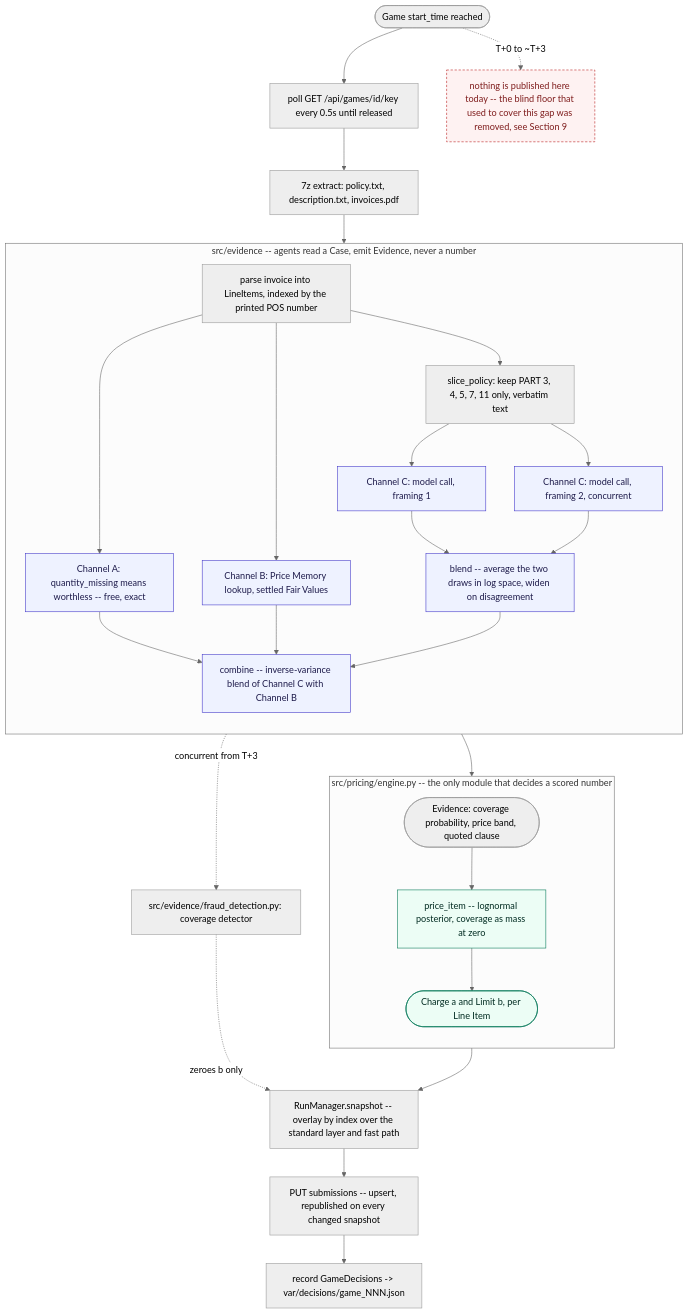
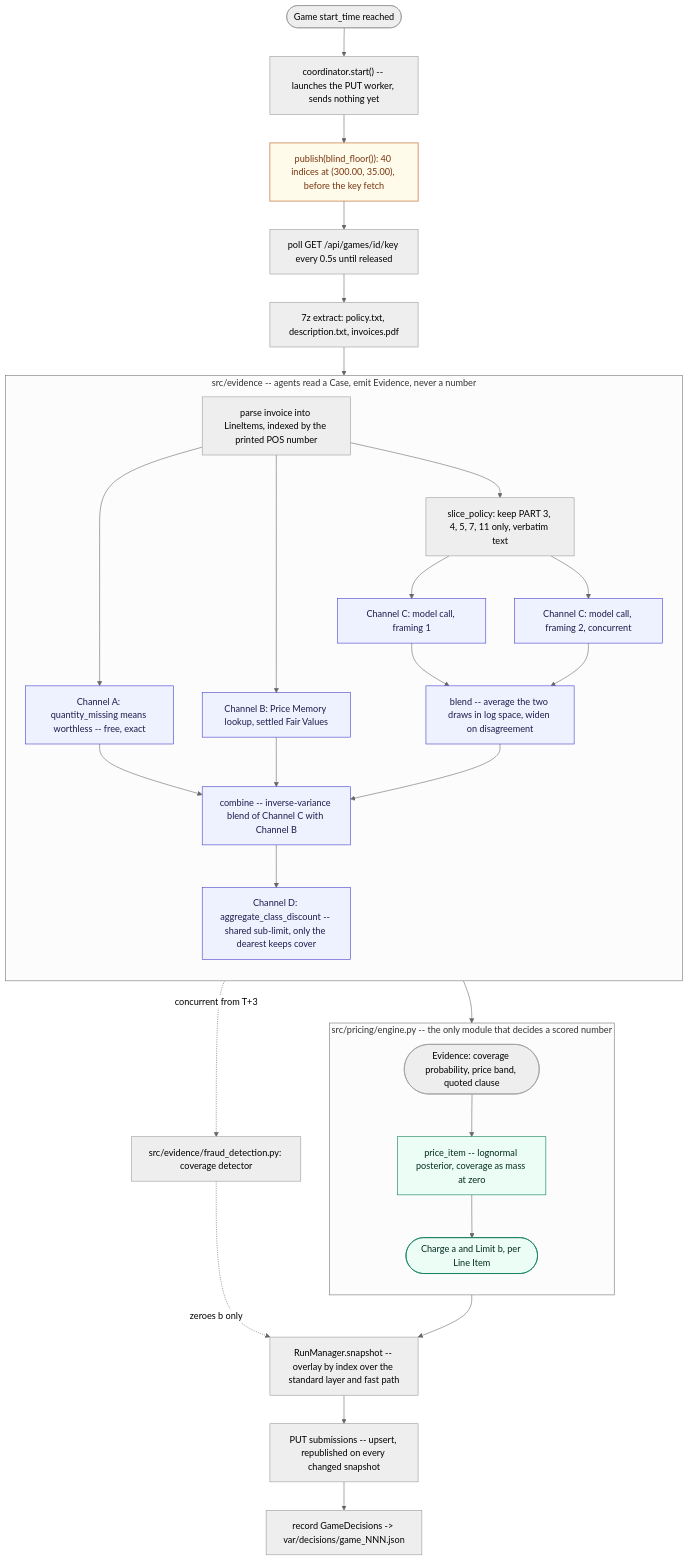
One commit to eixfachZabii/WireClaim changed the diagram in docs/ARCHITECTURE.md. Above: the diagram before and after it, drawn with Mermaid. The commit also changed other lines of this file and 9 other files, not shown here.

````diff
--- a/docs/ARCHITECTURE.md
+++ b/docs/ARCHITECTURE.md
@@ -56,45 +56,46 @@
 ```mermaid
 %%{init: {'theme': 'neutral'}}%%
 flowchart TD
-    Sched(["Game start_time reached"]) --> KeyFetch["poll GET /api/games/id/key every 0.5s until released"]
+    Sched(["Game start_time reached"]) --> Coord["coordinator.start() -- launches the PUT worker, sends nothing yet"]
+    Coord --> BlindFloor["publish(blind_floor()): 40 indices at (300.00, 35.00), before the key fetch"]
+    BlindFloor --> KeyFetch["poll GET /api/games/id/key every 0.5s until released"]
     KeyFetch --> Extract["7z extract: policy.txt, description.txt, invoices.pdf"]
     Extract --> Parse["parse invoice into LineItems, indexed by the printed POS number"]
-
-    Sched -.->|T+0 to ~T+3| Gap["nothing is published here today -- the blind floor that used to cover this gap was removed, see Section 9"]
 
     Parse --> Slice["slice_policy: keep PART 3, 4, 5, 7, 11 only, verbatim text"]
     Parse -.->|concurrent from T+3| FraudDet["src/evidence/fraud_detection.py: coverage detector"]
     FraudDet -.->|zeroes b only| Snapshot
 
     subgraph EV["src/evidence -- agents read a Case, emit Evidence, never a number"]
         direction TB
         Parse --> ChanA["Channel A: quantity_missing means worthless -- free, exact"]
         Parse --> ChanB["Channel B: Price Memory lookup, settled Fair Values"]
         Slice --> ChanC1["Channel C: model call, framing 1"]
         Slice --> ChanC2["Channel C: model call, framing 2, concurrent"]
         ChanC1 --> Blend["blend -- average the two draws in log space, widen on disagreement"]
         ChanC2 --> Blend
         ChanA --> Combine["combine -- inverse-variance blend of Channel C with Channel B"]
         ChanB --> Combine
         Blend --> Combine
+        Combine --> ChanD["Channel D: aggregate_class_discount -- shared sub-limit, only the dearest keeps cover"]
     end
 
-    Combine --> EvidenceOut(["Evidence: coverage probability, price band, quoted clause"])
+    ChanD --> EvidenceOut(["Evidence: coverage probability, price band, quoted clause"])
 
     subgraph PR["src/pricing/engine.py -- the only module that decides a scored number"]
         direction TB
         EvidenceOut --> Price["price_item -- lognormal posterior, coverage as mass at zero"]
         Price --> ChargeLimit(["Charge a and Limit b, per Line Item"])
     end
 
     ChargeLimit --> Snapshot["RunManager.snapshot -- overlay by index over the standard layer and fast path"]
     Snapshot --> Submit["PUT submissions -- upsert, republished on every changed snapshot"]
     Submit --> Log["record GameDecisions -> var/decisions/game_NNN.json"]
 
     classDef evidence fill:#eef2ff,stroke:#4338ca,color:#1e1b4b
     classDef pricing fill:#ecfdf5,stroke:#047857,color:#022c22
-    classDef warning fill:#fef2f2,stroke:#b91c1c,color:#7f1d1d,stroke-dasharray: 4 3
-    class ChanA,ChanB,ChanC1,ChanC2,Blend,Combine evidence
+    classDef floor fill:#fffbeb,stroke:#b45309,color:#78350f
+    class ChanA,ChanB,ChanC1,ChanC2,Blend,Combine,ChanD evidence
     class Price,ChargeLimit pricing
-    class Gap warning
+    class BlindFloor floor
 ```
````
